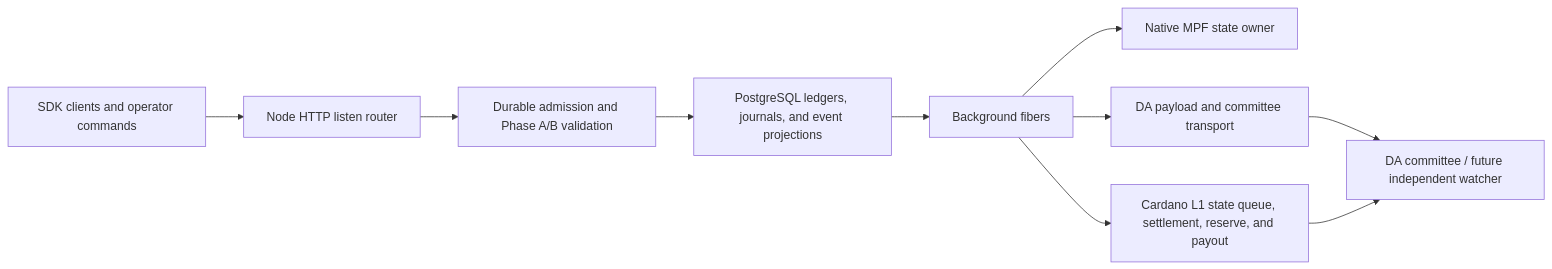
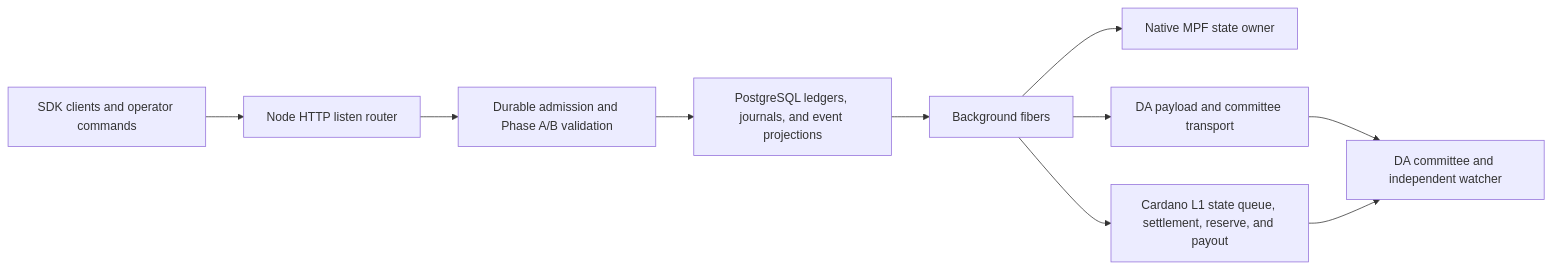
Before and after one commit to Anastasia-Labs/midgard: the diagram in demo/schemes/project_structure.md, drawn with Mermaid. The commit also changed other lines of this file and 1155 other files, not shown here.

````diff
--- a/demo/schemes/project_structure.md
+++ b/demo/schemes/project_structure.md
@@ -9,12 +9,12 @@
 ```mermaid
 flowchart LR
   C["SDK clients and operator commands"] --> API["Node HTTP listen router"]
   API --> ADM["Durable admission and Phase A/B validation"]
   ADM --> DB["PostgreSQL ledgers, journals, and event projections"]
   DB --> F["Background fibers"]
   F --> MPF["Native MPF state owner"]
   F --> DA["DA payload and committee transport"]
   F --> L1["Cardano L1 state queue, settlement, reserve, and payout"]
-  DA --> W["DA committee / future independent watcher"]
+  DA --> W["DA committee and independent watcher"]
   L1 --> W
 ```
````
